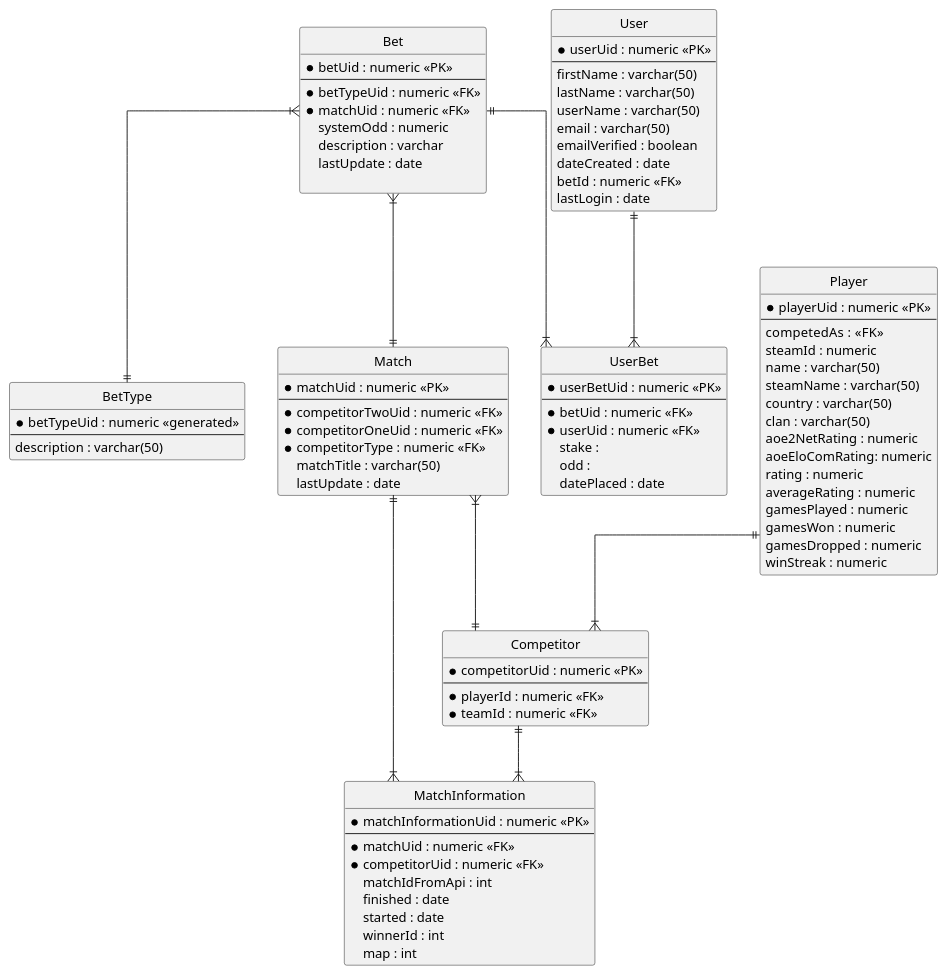
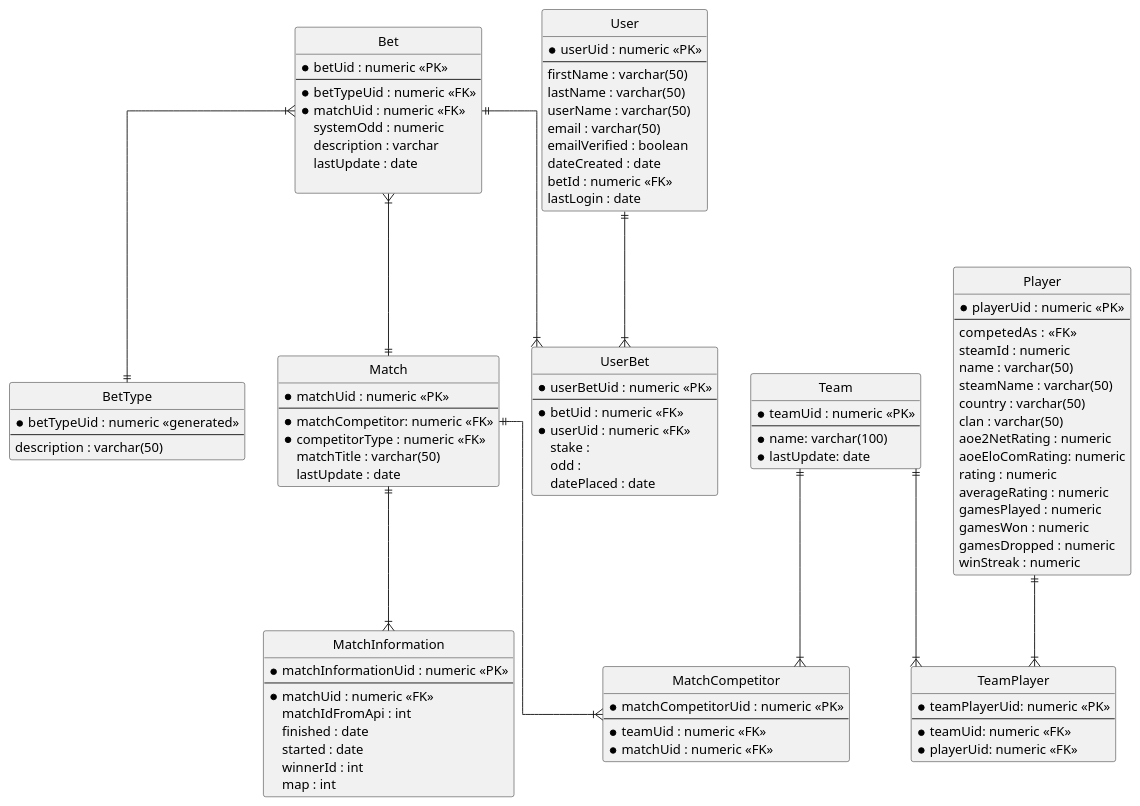
One commit to EmiiFont/aoebetting changed the diagram in server/docs/ERDiagram.puml. Above: the diagram before and after it, drawn with PlantUML. The commit also changed 20 other files, not shown here.

First line of the commit message:
updated match and player entities

```diff
--- a/server/docs/ERDiagram.puml
+++ b/server/docs/ERDiagram.puml
@@ -1,118 +1,129 @@
 @startuml AOEBettingERDiagram
-
 ' hide the spot
 hide circle
 
 ' avoid problems with angled crows feet
 skinparam linetype ortho
 
 entity "BetType" as betType {
   *betTypeUid : numeric <<generated>>
   --
   description : varchar(50)
 }
 
 entity "Bet" as bet {
   *betUid : numeric <<PK>>
   --
   *betTypeUid : numeric <<FK>>
   *matchUid : numeric <<FK>>
   systemOdd : numeric
   description : varchar
   lastUpdate : date
   
 }
 
 entity "Match" as match {
   *matchUid : numeric <<PK>>
   --
-  *competitorTwoUid : numeric <<FK>>
-  *competitorOneUid : numeric <<FK>>
+  *matchCompetitor: numeric <<FK>>
   *competitorType : numeric <<FK>>
   matchTitle : varchar(50)
   lastUpdate : date
 }
 
-entity "Competitor" as competitor {
-  *competitorUid : numeric <<PK>>
+entity "MatchCompetitor" as matchCompetitor{
+  *matchCompetitorUid : numeric <<PK>>
   --
-  *playerId : numeric <<FK>>
-  *teamId : numeric <<FK>>
+  *teamUid : numeric <<FK>>
+  *matchUid : numeric <<FK>>
+}
+
+entity "Team" as team {
+  *teamUid : numeric <<PK>>
+  --
+  *name: varchar(100)
+  *lastUpdate: date
+}
+
+entity "TeamPlayer" as teamPlayer {
+  *teamPlayerUid: numeric <<PK>>
+  --
+  *teamUid: numeric <<FK>>
+  *playerUid: numeric <<FK>>
 }
 
 entity "MatchInformation" as matchInformation {
   *matchInformationUid : numeric <<PK>>
   --
   *matchUid : numeric <<FK>>
-  *competitorUid : numeric <<FK>>
   matchIdFromApi : int
   finished : date
   started : date
   winnerId : int
   map : int 
 }
 
 entity "UserBet" as userBet {
   * userBetUid : numeric <<PK>>
   --
   *betUid : numeric <<FK>>
   *userUid : numeric <<FK>>
   stake : 
   odd : 
   datePlaced : date
 }
 
 entity "User" as user {
   *userUid : numeric <<PK>>
   --
   firstName : varchar(50)
   lastName : varchar(50)
   userName : varchar(50)
   email : varchar(50) 
   emailVerified : boolean 
   dateCreated : date
   betId : numeric <<FK>>
   lastLogin : date
 }
 
 entity "Player" as player {
   *playerUid : numeric <<PK>>
   --
   competedAs :  <<FK>>
   steamId : numeric
   name : varchar(50)
   steamName : varchar(50)
   country : varchar(50)
   clan : varchar(50)
   aoe2NetRating : numeric
   aoeEloComRating: numeric
   rating : numeric
   averageRating : numeric
   gamesPlayed : numeric
   gamesWon : numeric
   gamesDropped : numeric
   winStreak : numeric
 }
 
 ' Crow's foot notation reference:
 ' Zero or One	|o--
 ' Exactly One	||--
 ' Zero or Many	}o--
 ' One or Many	}|--
 ' 
 ' Examples:
 ' @OneToOne: A ||--|| B
 ' @OneToMany: A ||--|{ B
 ' @ManyToOne: A }|--|| B
 ' @ManyToMany: A }|--|{ B
 
 bet }|--|| betType
 bet ||--|{ userBet
-competitor ||--|{ matchInformation
 bet }|--|| match
-match }|--|| competitor
 match ||--|{ matchInformation
-player ||--|{ competitor  
+player ||--|{ teamPlayer
+team ||--|{ teamPlayer
+team ||--|{ matchCompetitor
+match||--|{ matchCompetitor
 user ||--|{ userBet
-
 @enduml
```
